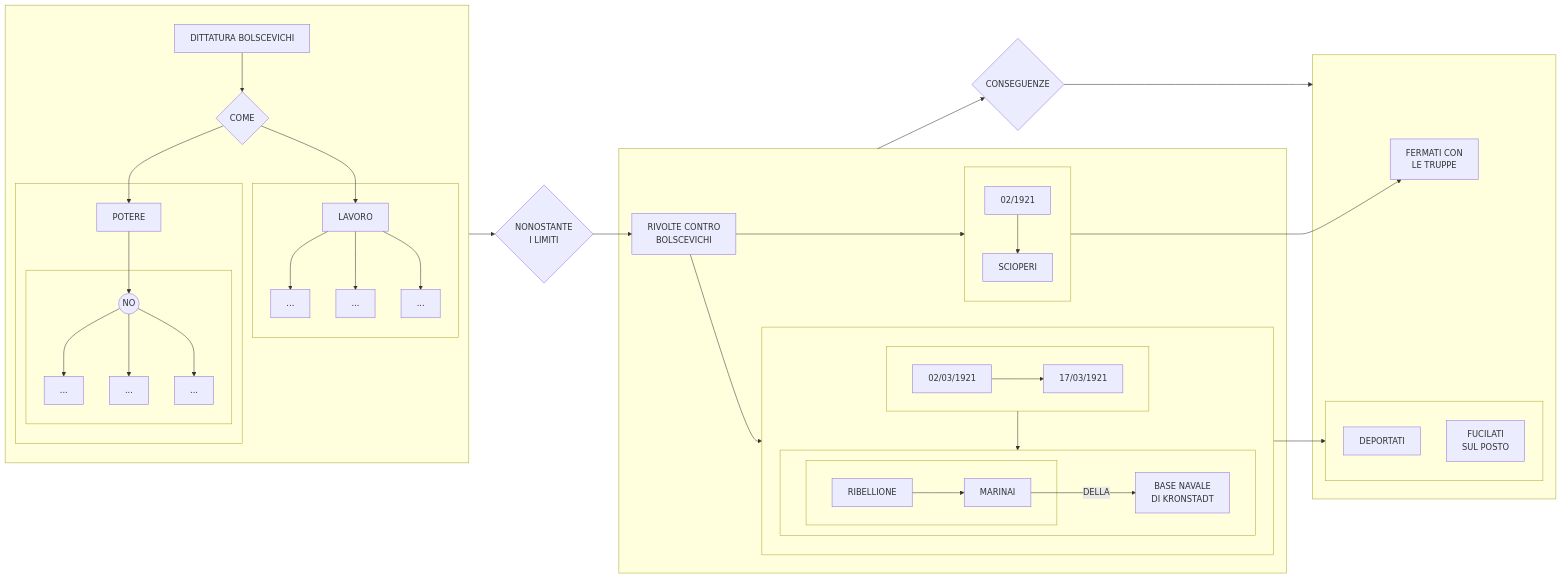
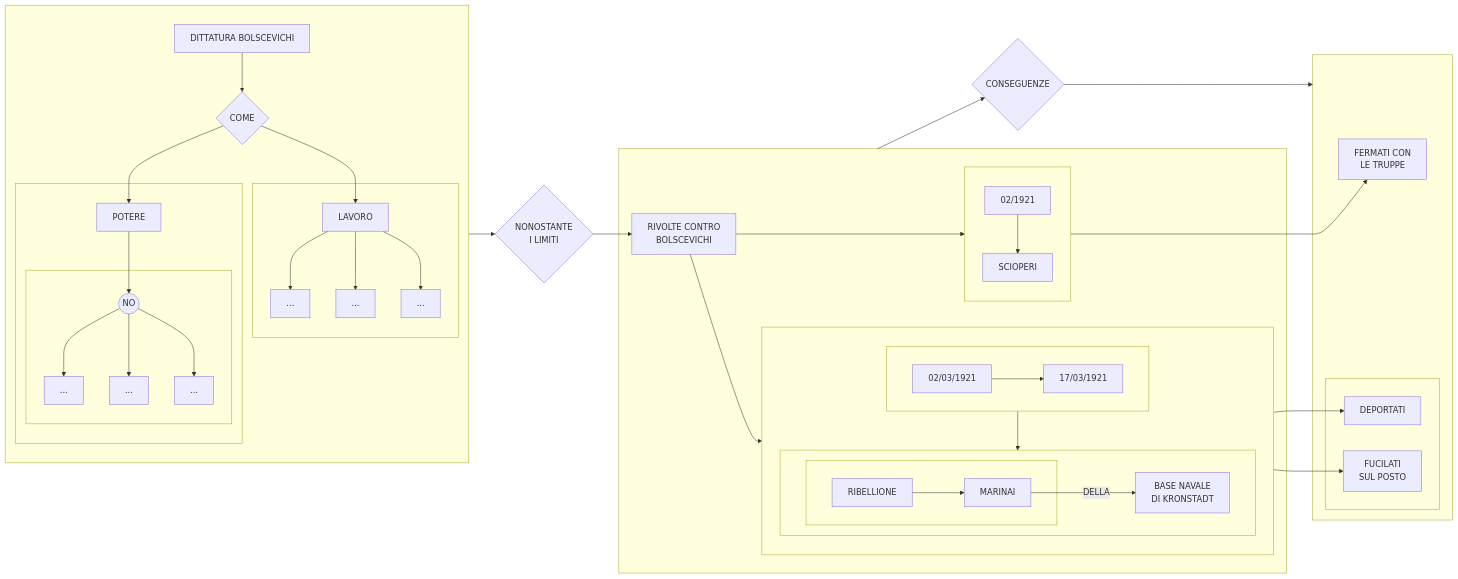
The diagram in prova.md (Laaouatni/ricerca-storia-MermaidJS), drawn with Mermaid before and after one commit.

````diff
--- a/prova.md
+++ b/prova.md
@@ -1,68 +1,68 @@
 ```mermaid
 flowchart LR
   subgraph 04[" "]
     0[DITTATURA BOLSCEVICHI]
     01{COME}
     subgraph 02[" "]
       010[POTERE]
       subgraph 020[" "]
         0100((NO))
         01000[...]
         01001[...]
         01002[...]
       end
     end
     subgraph 03[" "]
       011[LAVORO]
       0110[...]
       0111[...]
       0112[...]
     end
     0 --> 01 --> 010 & 011
     010 --> 0100
     0100 --> 01000 & 01001 & 01002
     011 --> 0110 & 0111 & 0112
   end
   1{NONOSTANTE <br> I LIMITI}
   04 --> 1
   subgraph 10[" "]
     100[RIVOLTE CONTRO <br> BOLSCEVICHI]
     subgraph 21[" "]
       20[02/1921]
       200[SCIOPERI]
       20 --> 200
     end
     subgraph 22[" "]
       direction TB;
       subgraph 220[" "]
         direction LR;
         2200[02/03/1921]
         2201[17/03/1921]
         2200 --> 2201
       end
       subgraph 221[" "]
         subgraph 222[" "]
           2220[RIBELLIONE]
           2221[MARINAI]
         end
         223[BASE NAVALE <br> DI KRONSTADT]
         2220 --> 2221
         2221 -->|DELLA| 223
       end
       220 --> 221
     end
     100 --> 21 & 22
   end
   1 --> 100
   subgraph 3[" "]
     31[FERMATI CON <br> LE TRUPPE]
     subgraph 32[" "]
       320[DEPORTATI]
       321[FUCILATI <br> SUL POSTO]
     end
   end
   4{CONSEGUENZE}
+  21 --> 31
   10 --> 4 --> 3
-  21 --> 31
-  22 --> 32
+  22 --> 320 & 321
 ```
````
